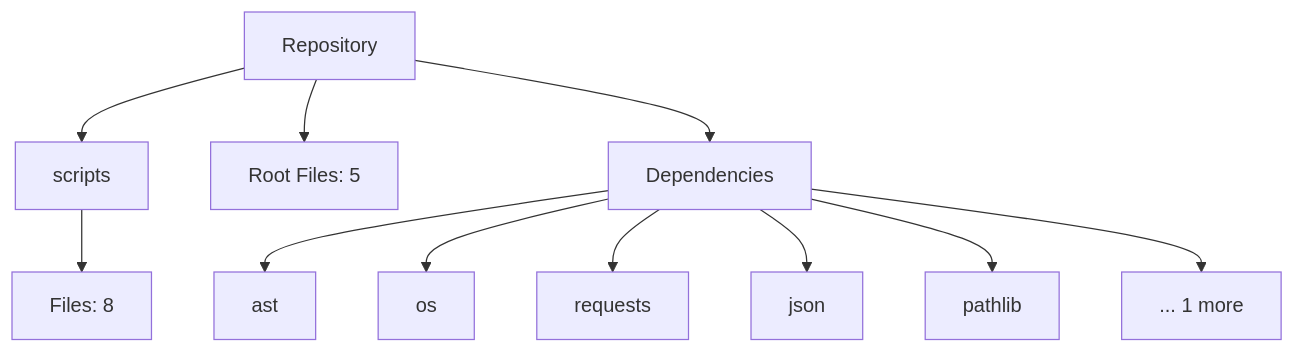
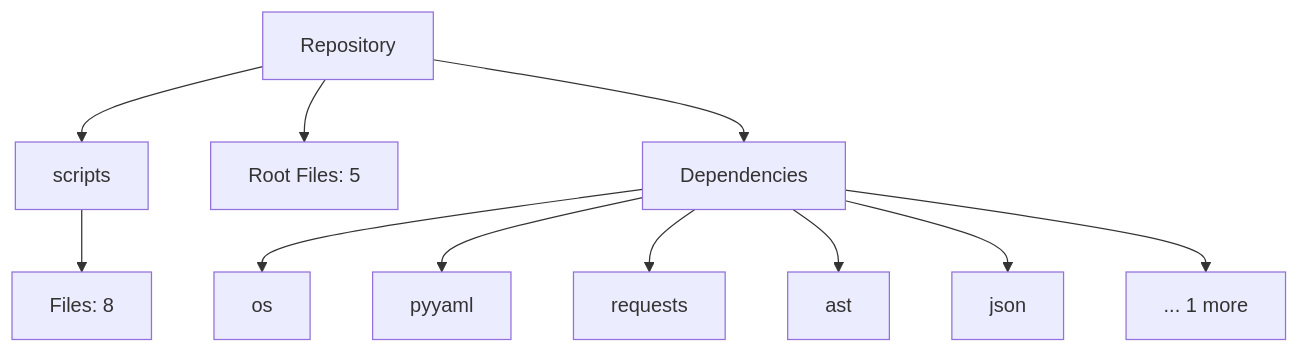
Before and after one commit to NITISH-R-G/Smart-Task-Tracker-macOS-Dark-Edition-: the diagram in README.md, drawn with Mermaid. The commit also changed 4 other files, not shown here.

Commit message:
docs(auto): Automatically update repository architecture and README

````diff
--- a/README.md
+++ b/README.md
@@ -17,15 +17,15 @@
 ```mermaid
 graph TD
     Root[Repository]
     Root --> scripts[scripts]
     scripts --> scripts_files[Files: 8]
     Root --> Root_files[Root Files: 5]
     Root --> Deps[Dependencies]
+    Deps --> os[os]
+    Deps --> pyyaml[pyyaml]
+    Deps --> requests[requests]
     Deps --> ast[ast]
-    Deps --> os[os]
-    Deps --> requests[requests]
     Deps --> json[json]
-    Deps --> pathlib[pathlib]
     Deps --> MoreDeps[... 1 more]
 
 ```
````
